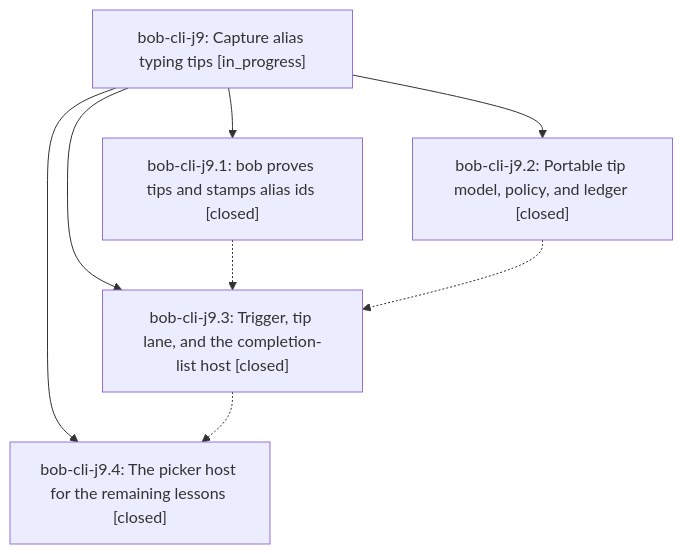
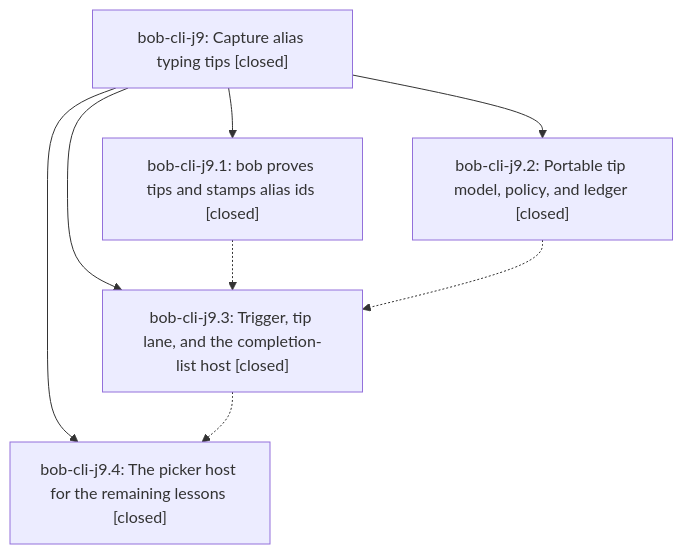
The diagram in pages/bob-cli-j9/README.md (bobs-org/bob-cli--beads), drawn with Mermaid before and after one commit. The commit also changed other lines of this file and 2 other files, not shown here.

First line of the commit message:
chore(beads): sync bead state and pages for bob-cli-j9

````diff
--- a/pages/bob-cli-j9/README.md
+++ b/pages/bob-cli-j9/README.md
@@ -39,15 +60,15 @@
 ```mermaid
 flowchart TD
-    n0["bob-cli-j9: Capture alias typing tips [in_progress]"]
+    n0["bob-cli-j9: Capture alias typing tips [closed]"]
     n1["bob-cli-j9.1: bob proves tips and stamps alias ids [closed]"]
     n2["bob-cli-j9.2: Portable tip model, policy, and ledger [closed]"]
     n3["bob-cli-j9.3: Trigger, tip lane, and the completion-list host [closed]"]
     n4["bob-cli-j9.4: The picker host for the remaining lessons [closed]"]
     n0 --> n1
     n0 --> n2
     n0 --> n3
     n0 --> n4
     n1 -.-> n3
     n2 -.-> n3
     n3 -.-> n4
 ```
````
